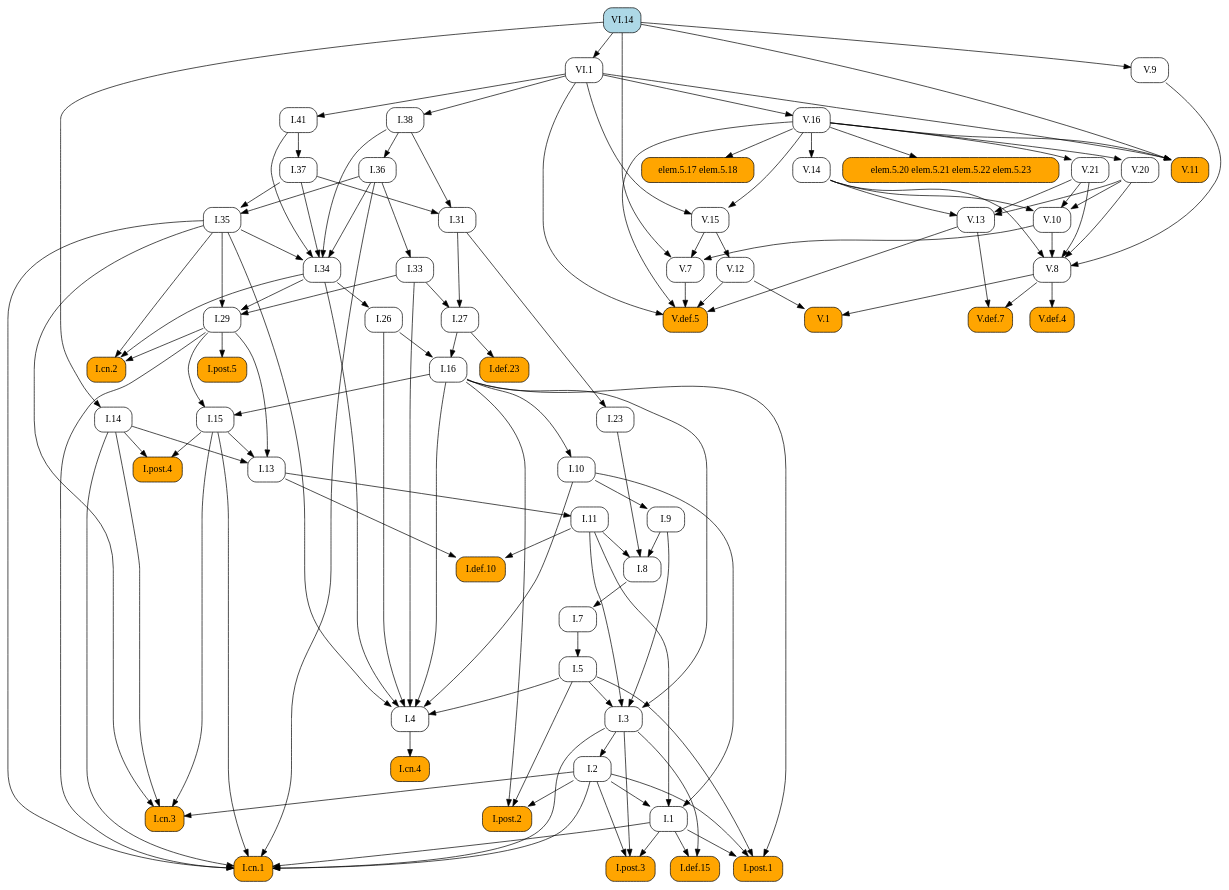
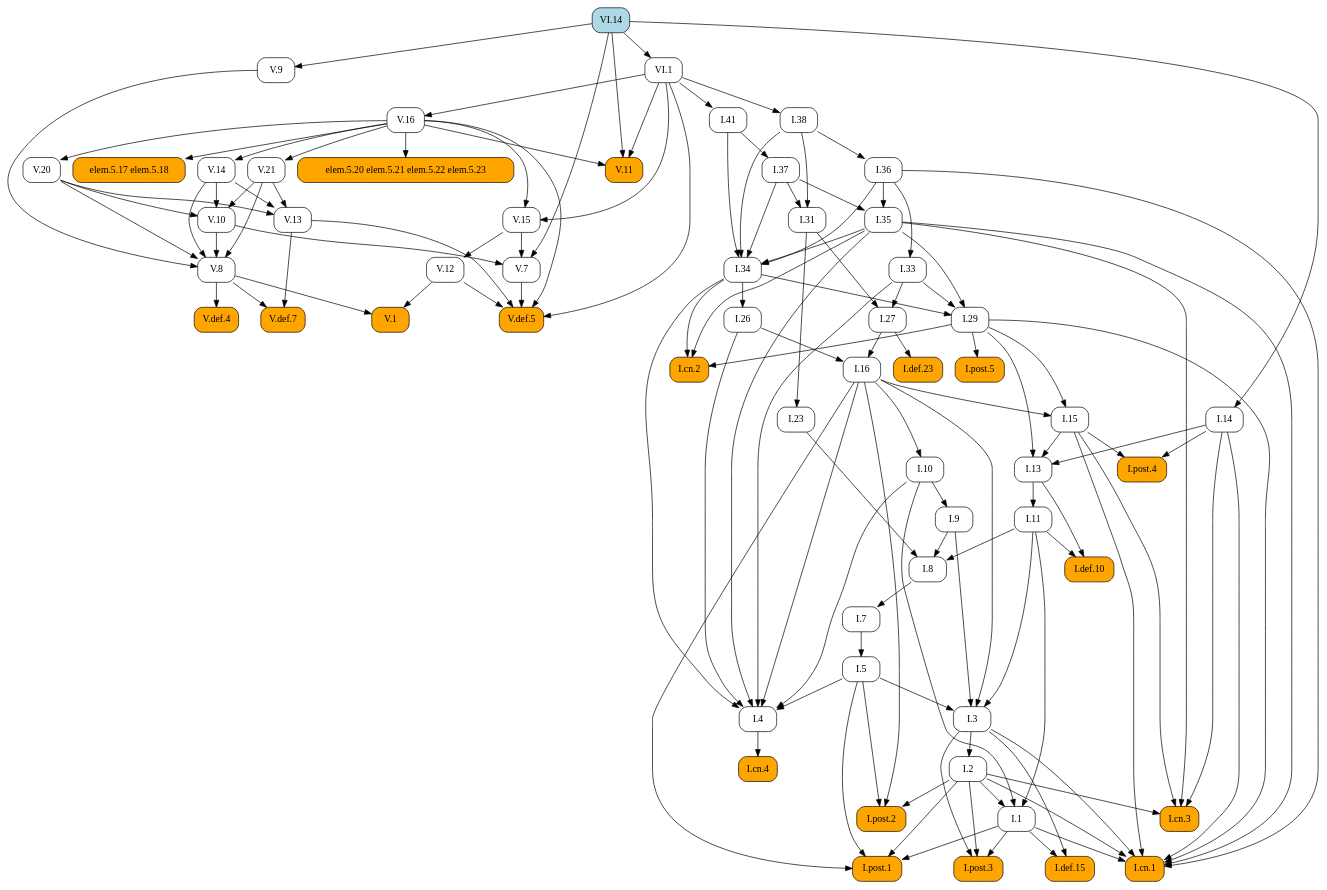
One commit to geometor/elements changed the diagram in docsrc/elements2/VI/14/index.rst. Above: the diagram before and after it, drawn with Graphviz. The commit also changed other lines of this file and 409 other files, not shown here.

First line of the commit message:
feat: Add image cropping and graphic extraction script

```diff
--- a/docsrc/elements2/VI/14/index.rst
+++ b/docsrc/elements2/VI/14/index.rst
@@ -57,137 +57,91 @@
    digraph {
      rankdir="TB";
      node [shape=box, style=rounded];
+     "I.37" [URL="/elements2/I/37/", target="_top"];
+     "V.21" [URL="/elements2/V/21/", target="_top"];
+     "I.31" [URL="/elements2/I/31/", target="_top"];
+     "I.cn.2" [style="rounded,filled", fillcolor=orange, URL="/elements2/I/cn.2/", target="_top"];
+     "I.41" [URL="/elements2/I/41/", target="_top"];
+     "I.8" [URL="/elements2/I/8/", target="_top"];
+     "V.10" [URL="/elements2/V/10/", target="_top"];
+     "V.8" [URL="/elements2/V/8/", target="_top"];
+     "VI.1" [URL="/elements2/VI/1/", target="_top"];
+     "I.15" [URL="/elements2/I/15/", target="_top"];
+     "I.5" [URL="/elements2/I/5/", target="_top"];
+     "V.def.7" [style="rounded,filled", fillcolor=orange, URL="/elements2/V/def.7/", target="_top"];
+     "V.12" [URL="/elements2/V/12/", target="_top"];
+     "I.26" [URL="/elements2/I/26/", target="_top"];
+     "I.cn.1" [style="rounded,filled", fillcolor=orange, URL="/elements2/I/cn.1/", target="_top"];
+     "elem.5.20 elem.5.21 elem.5.22 elem.5.23" [style="rounded,filled", fillcolor=orange];
+     "I.7" [URL="/elements2/I/7/", target="_top"];
+     "V.def.5" [style="rounded,filled", fillcolor=orange, URL="/elements2/V/def.5/", target="_top"];
+     "I.23" [URL="/elements2/I/23/", target="_top"];
+     "I.16" [URL="/elements2/I/16/", target="_top"];
+     "V.9" [URL="/elements2/V/9/", target="_top"];
+     "I.34" [URL="/elements2/I/34/", target="_top"];
+     "I.35" [URL="/elements2/I/35/", target="_top"];
+     "I.33" [URL="/elements2/I/33/", target="_top"];
+     "V.15" [URL="/elements2/V/15/", target="_top"];
+     "V.14" [URL="/elements2/V/14/", target="_top"];
+     "elem.5.17 elem.5.18" [style="rounded,filled", fillcolor=orange];
+     "I.def.15" [style="rounded,filled", fillcolor=orange, URL="/elements2/I/def.15/", target="_top"];
+     "I.38" [URL="/elements2/I/38/", target="_top"];
+     "I.def.10" [style="rounded,filled", fillcolor=orange, URL="/elements2/I/def.10/", target="_top"];
+     "I.11" [URL="/elements2/I/11/", target="_top"];
      "V.20" [URL="/elements2/V/20/", target="_top"];
-     "I.8" [URL="/elements2/I/8/", target="_top"];
+     "V.16" [URL="/elements2/V/16/", target="_top"];
+     "I.def.23" [style="rounded,filled", fillcolor=orange, URL="/elements2/I/def.23/", target="_top"];
+     "I.post.5" [style="rounded,filled", fillcolor=orange, URL="/elements2/I/post.5/", target="_top"];
+     "I.3" [URL="/elements2/I/3/", target="_top"];
+     "I.14" [URL="/elements2/I/14/", target="_top"];
+     "I.10" [URL="/elements2/I/10/", target="_top"];
+     "V.11" [style="rounded,filled", fillcolor=orange, URL="/elements2/V/11/", target="_top"];
+     "I.cn.3" [style="rounded,filled", fillcolor=orange, URL="/elements2/I/cn.3/", target="_top"];
+     "I.13" [URL="/elements2/I/13/", target="_top"];
+     "I.4" [URL="/elements2/I/4/", target="_top"];
+     "I.post.3" [style="rounded,filled", fillcolor=orange, URL="/elements2/I/post.3/", target="_top"];
+     "VI.14" [style="rounded,filled", fillcolor=lightblue, URL="/elements2/VI/14/", target="_top"];
+     "I.9" [URL="/elements2/I/9/", target="_top"];
+     "I.29" [URL="/elements2/I/29/", target="_top"];
      "I.36" [URL="/elements2/I/36/", target="_top"];
-     "V.def.5" [style="rounded,filled", fillcolor=orange, URL="/elements2/V/def.5/", target="_top"];
-     "VI.14" [style="rounded,filled", fillcolor=lightblue, URL="/elements2/VI/14/", target="_top"];
+     "V.13" [URL="/elements2/V/13/", target="_top"];
+     "I.post.1" [style="rounded,filled", fillcolor=orange, URL="/elements2/I/post.1/", target="_top"];
+     "I.2" [URL="/elements2/I/2/", target="_top"];
      "V.def.4" [style="rounded,filled", fillcolor=orange, URL="/elements2/V/def.4/", target="_top"];
-     "I.14" [URL="/elements2/I/14/", target="_top"];
-     "I.post.1" [style="rounded,filled", fillcolor=orange, URL="/elements2/I/post.1/", target="_top"];
-     "I.33" [URL="/elements2/I/33/", target="_top"];
-     "I.5" [URL="/elements2/I/5/", target="_top"];
-     "I.38" [URL="/elements2/I/38/", target="_top"];
-     "elem.5.17 elem.5.18" [style="rounded,filled", fillcolor=orange];
-     "VI.1" [URL="/elements2/VI/1/", target="_top"];
-     "V.11" [style="rounded,filled", fillcolor=orange, URL="/elements2/V/11/", target="_top"];
-     "I.def.10" [style="rounded,filled", fillcolor=orange, URL="/elements2/I/def.10/", target="_top"];
-     "V.13" [URL="/elements2/V/13/", target="_top"];
-     "I.post.5" [style="rounded,filled", fillcolor=orange, URL="/elements2/I/post.5/", target="_top"];
-     "I.cn.2" [style="rounded,filled", fillcolor=orange, URL="/elements2/I/cn.2/", target="_top"];
-     "V.9" [URL="/elements2/V/9/", target="_top"];
-     "V.16" [URL="/elements2/V/16/", target="_top"];
-     "I.def.15" [style="rounded,filled", fillcolor=orange, URL="/elements2/I/def.15/", target="_top"];
-     "V.15" [URL="/elements2/V/15/", target="_top"];
-     "I.31" [URL="/elements2/I/31/", target="_top"];
-     "I.11" [URL="/elements2/I/11/", target="_top"];
-     "I.3" [URL="/elements2/I/3/", target="_top"];
-     "I.def.23" [style="rounded,filled", fillcolor=orange, URL="/elements2/I/def.23/", target="_top"];
+     "I.27" [URL="/elements2/I/27/", target="_top"];
+     "V.1" [style="rounded,filled", fillcolor=orange, URL="/elements2/V/1/", target="_top"];
+     "I.1" [URL="/elements2/I/1/", target="_top"];
+     "I.post.4" [style="rounded,filled", fillcolor=orange, URL="/elements2/I/post.4/", target="_top"];
+     "V.7" [URL="/elements2/V/7/", target="_top"];
+     "I.cn.4" [style="rounded,filled", fillcolor=orange, URL="/elements2/I/cn.4/", target="_top"];
      "I.post.2" [style="rounded,filled", fillcolor=orange, URL="/elements2/I/post.2/", target="_top"];
-     "I.26" [URL="/elements2/I/26/", target="_top"];
-     "V.14" [URL="/elements2/V/14/", target="_top"];
-     "V.10" [URL="/elements2/V/10/", target="_top"];
-     "I.cn.3" [style="rounded,filled", fillcolor=orange, URL="/elements2/I/cn.3/", target="_top"];
-     "I.1" [URL="/elements2/I/1/", target="_top"];
-     "I.cn.4" [style="rounded,filled", fillcolor=orange, URL="/elements2/I/cn.4/", target="_top"];
-     "I.23" [URL="/elements2/I/23/", target="_top"];
-     "I.7" [URL="/elements2/I/7/", target="_top"];
-     "I.9" [URL="/elements2/I/9/", target="_top"];
-     "I.16" [URL="/elements2/I/16/", target="_top"];
-     "V.1" [style="rounded,filled", fillcolor=orange, URL="/elements2/V/1/", target="_top"];
-     "V.7" [URL="/elements2/V/7/", target="_top"];
-     "I.cn.1" [style="rounded,filled", fillcolor=orange, URL="/elements2/I/cn.1/", target="_top"];
-     "I.post.4" [style="rounded,filled", fillcolor=orange, URL="/elements2/I/post.4/", target="_top"];
-     "V.12" [URL="/elements2/V/12/", target="_top"];
-     "I.13" [URL="/elements2/I/13/", target="_top"];
-     "V.21" [URL="/elements2/V/21/", target="_top"];
-     "elem.5.20 elem.5.21 elem.5.22 elem.5.23" [style="rounded,filled", fillcolor=orange];
-     "I.41" [URL="/elements2/I/41/", target="_top"];
-     "I.29" [URL="/elements2/I/29/", target="_top"];
-     "I.35" [URL="/elements2/I/35/", target="_top"];
-     "I.2" [URL="/elements2/I/2/", target="_top"];
-     "I.37" [URL="/elements2/I/37/", target="_top"];
-     "I.27" [URL="/elements2/I/27/", target="_top"];
-     "I.4" [URL="/elements2/I/4/", target="_top"];
-     "V.8" [URL="/elements2/V/8/", target="_top"];
-     "I.10" [URL="/elements2/I/10/", target="_top"];
-     "I.15" [URL="/elements2/I/15/", target="_top"];
-     "I.34" [URL="/elements2/I/34/", target="_top"];
-     "V.def.7" [style="rounded,filled", fillcolor=orange, URL="/elements2/V/def.7/", target="_top"];
-     "I.post.3" [style="rounded,filled", fillcolor=orange, URL="/elements2/I/post.3/", target="_top"];
-     "V.16" -> "V.20";
+     "I.41" -> "I.37";
+     "V.16" -> "V.21";
+     "I.37" -> "I.31";
+     "I.38" -> "I.31";
+     "I.29" -> "I.cn.2";
+     "I.34" -> "I.cn.2";
+     "I.35" -> "I.cn.2";
+     "VI.1" -> "I.41";
      "I.9" -> "I.8";
      "I.11" -> "I.8";
      "I.23" -> "I.8";
-     "I.38" -> "I.36";
-     "V.7" -> "V.def.5";
-     "V.12" -> "V.def.5";
-     "V.13" -> "V.def.5";
-     "V.16" -> "V.def.5";
-     "VI.1" -> "V.def.5";
-     "V.8" -> "V.def.4";
-     "VI.14" -> "I.14";
-     "I.1" -> "I.post.1";
-     "I.2" -> "I.post.1";
-     "I.5" -> "I.post.1";
-     "I.16" -> "I.post.1";
-     "I.36" -> "I.33";
-     "I.7" -> "I.5";
-     "VI.1" -> "I.38";
-     "V.16" -> "elem.5.17 elem.5.18";
-     "VI.14" -> "VI.1";
-     "V.16" -> "V.11";
-     "VI.1" -> "V.11";
-     "VI.14" -> "V.11";
-     "I.11" -> "I.def.10";
-     "I.13" -> "I.def.10";
-     "V.14" -> "V.13";
-     "V.20" -> "V.13";
-     "V.21" -> "V.13";
-     "I.29" -> "I.post.5";
-     "I.29" -> "I.cn.2";
-     "I.34" -> "I.cn.2";
-     "I.35" -> "I.cn.2";
-     "VI.14" -> "V.9";
-     "VI.1" -> "V.16";
-     "I.1" -> "I.def.15";
-     "I.3" -> "I.def.15";
-     "V.16" -> "V.15";
-     "VI.1" -> "V.15";
-     "I.37" -> "I.31";
-     "I.38" -> "I.31";
-     "I.13" -> "I.11";
-     "I.5" -> "I.3";
-     "I.9" -> "I.3";
-     "I.11" -> "I.3";
-     "I.16" -> "I.3";
-     "I.27" -> "I.def.23";
-     "I.2" -> "I.post.2";
-     "I.5" -> "I.post.2";
-     "I.16" -> "I.post.2";
-     "I.34" -> "I.26";
-     "V.16" -> "V.14";
      "V.14" -> "V.10";
      "V.20" -> "V.10";
      "V.21" -> "V.10";
-     "I.2" -> "I.cn.3";
-     "I.14" -> "I.cn.3";
-     "I.15" -> "I.cn.3";
-     "I.35" -> "I.cn.3";
-     "I.2" -> "I.1";
-     "I.10" -> "I.1";
-     "I.11" -> "I.1";
-     "I.4" -> "I.cn.4";
-     "I.31" -> "I.23";
-     "I.8" -> "I.7";
-     "I.10" -> "I.9";
-     "I.26" -> "I.16";
-     "I.27" -> "I.16";
-     "V.8" -> "V.1";
-     "V.12" -> "V.1";
-     "V.10" -> "V.7";
-     "V.15" -> "V.7";
-     "VI.14" -> "V.7";
+     "V.9" -> "V.8";
+     "V.10" -> "V.8";
+     "V.14" -> "V.8";
+     "V.20" -> "V.8";
+     "V.21" -> "V.8";
+     "VI.14" -> "VI.1";
+     "I.16" -> "I.15";
+     "I.29" -> "I.15";
+     "I.7" -> "I.5";
+     "V.8" -> "V.def.7";
+     "V.13" -> "V.def.7";
+     "V.15" -> "V.12";
+     "I.34" -> "I.26";
      "I.1" -> "I.cn.1";
      "I.2" -> "I.cn.1";
      "I.3" -> "I.cn.1";
@@ -196,24 +150,55 @@
      "I.29" -> "I.cn.1";
      "I.35" -> "I.cn.1";
      "I.36" -> "I.cn.1";
-     "I.14" -> "I.post.4";
-     "I.15" -> "I.post.4";
-     "V.15" -> "V.12";
+     "V.16" -> "elem.5.20 elem.5.21 elem.5.22 elem.5.23";
+     "I.8" -> "I.7";
+     "V.7" -> "V.def.5";
+     "V.12" -> "V.def.5";
+     "V.13" -> "V.def.5";
+     "V.16" -> "V.def.5";
+     "VI.1" -> "V.def.5";
+     "I.31" -> "I.23";
+     "I.26" -> "I.16";
+     "I.27" -> "I.16";
+     "VI.14" -> "V.9";
+     "I.35" -> "I.34";
+     "I.36" -> "I.34";
+     "I.37" -> "I.34";
+     "I.38" -> "I.34";
+     "I.41" -> "I.34";
+     "I.36" -> "I.35";
+     "I.37" -> "I.35";
+     "I.36" -> "I.33";
+     "V.16" -> "V.15";
+     "VI.1" -> "V.15";
+     "V.16" -> "V.14";
+     "V.16" -> "elem.5.17 elem.5.18";
+     "I.1" -> "I.def.15";
+     "I.3" -> "I.def.15";
+     "VI.1" -> "I.38";
+     "I.11" -> "I.def.10";
+     "I.13" -> "I.def.10";
+     "I.13" -> "I.11";
+     "V.16" -> "V.20";
+     "VI.1" -> "V.16";
+     "I.27" -> "I.def.23";
+     "I.29" -> "I.post.5";
+     "I.5" -> "I.3";
+     "I.9" -> "I.3";
+     "I.11" -> "I.3";
+     "I.16" -> "I.3";
+     "VI.14" -> "I.14";
+     "I.16" -> "I.10";
+     "V.16" -> "V.11";
+     "VI.1" -> "V.11";
+     "VI.14" -> "V.11";
+     "I.2" -> "I.cn.3";
+     "I.14" -> "I.cn.3";
+     "I.15" -> "I.cn.3";
+     "I.35" -> "I.cn.3";
      "I.14" -> "I.13";
      "I.15" -> "I.13";
      "I.29" -> "I.13";
-     "V.16" -> "V.21";
-     "V.16" -> "elem.5.20 elem.5.21 elem.5.22 elem.5.23";
-     "VI.1" -> "I.41";
-     "I.33" -> "I.29";
-     "I.34" -> "I.29";
-     "I.35" -> "I.29";
-     "I.36" -> "I.35";
-     "I.37" -> "I.35";
-     "I.3" -> "I.2";
-     "I.41" -> "I.37";
-     "I.31" -> "I.27";
-     "I.33" -> "I.27";
      "I.5" -> "I.4";
      "I.10" -> "I.4";
      "I.16" -> "I.4";
@@ -221,22 +206,37 @@
      "I.33" -> "I.4";
      "I.34" -> "I.4";
      "I.35" -> "I.4";
-     "V.9" -> "V.8";
-     "V.10" -> "V.8";
-     "V.14" -> "V.8";
-     "V.20" -> "V.8";
-     "V.21" -> "V.8";
-     "I.16" -> "I.10";
-     "I.16" -> "I.15";
-     "I.29" -> "I.15";
-     "I.35" -> "I.34";
-     "I.36" -> "I.34";
-     "I.37" -> "I.34";
-     "I.38" -> "I.34";
-     "I.41" -> "I.34";
-     "V.8" -> "V.def.7";
-     "V.13" -> "V.def.7";
      "I.1" -> "I.post.3";
      "I.2" -> "I.post.3";
      "I.3" -> "I.post.3";
+     "I.10" -> "I.9";
+     "I.33" -> "I.29";
+     "I.34" -> "I.29";
+     "I.35" -> "I.29";
+     "I.38" -> "I.36";
+     "V.14" -> "V.13";
+     "V.20" -> "V.13";
+     "V.21" -> "V.13";
+     "I.1" -> "I.post.1";
+     "I.2" -> "I.post.1";
+     "I.5" -> "I.post.1";
+     "I.16" -> "I.post.1";
+     "I.3" -> "I.2";
+     "V.8" -> "V.def.4";
+     "I.31" -> "I.27";
+     "I.33" -> "I.27";
+     "V.8" -> "V.1";
+     "V.12" -> "V.1";
+     "I.2" -> "I.1";
+     "I.10" -> "I.1";
+     "I.11" -> "I.1";
+     "I.14" -> "I.post.4";
+     "I.15" -> "I.post.4";
+     "V.10" -> "V.7";
+     "V.15" -> "V.7";
+     "VI.14" -> "V.7";
+     "I.4" -> "I.cn.4";
+     "I.2" -> "I.post.2";
+     "I.5" -> "I.post.2";
+     "I.16" -> "I.post.2";
    }
```
